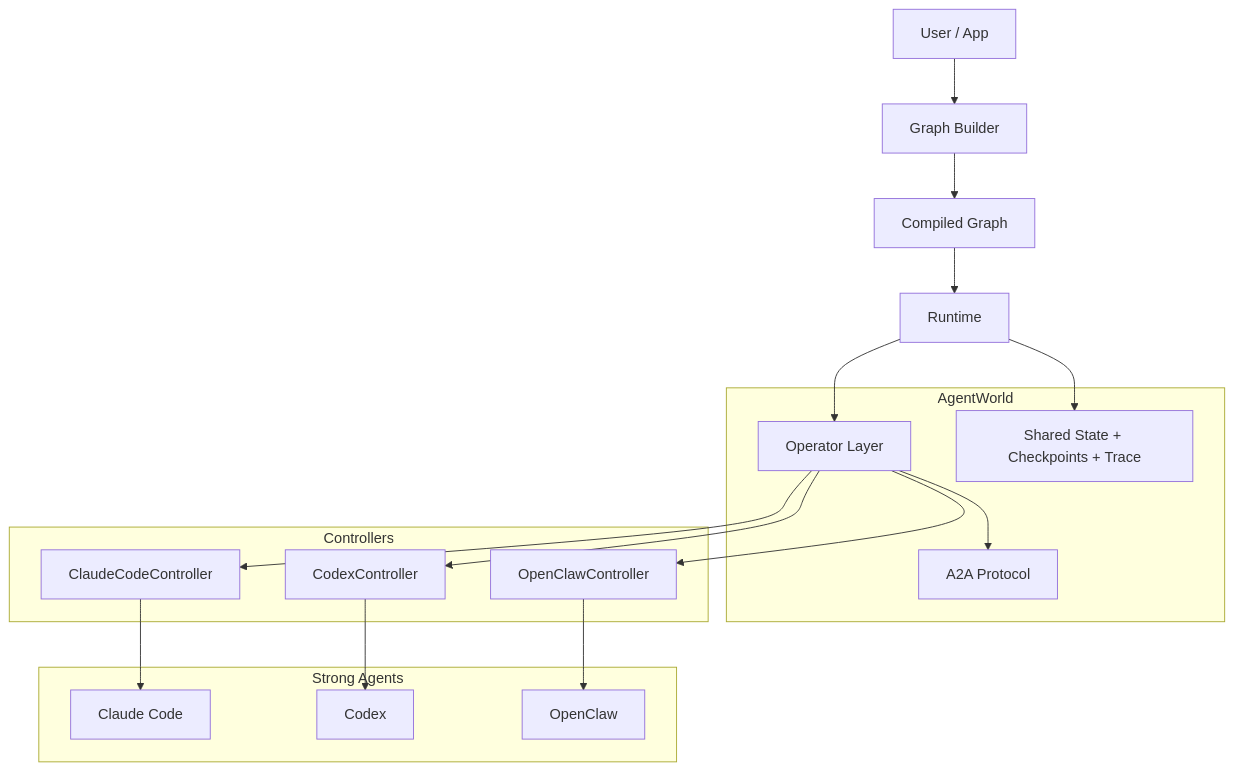
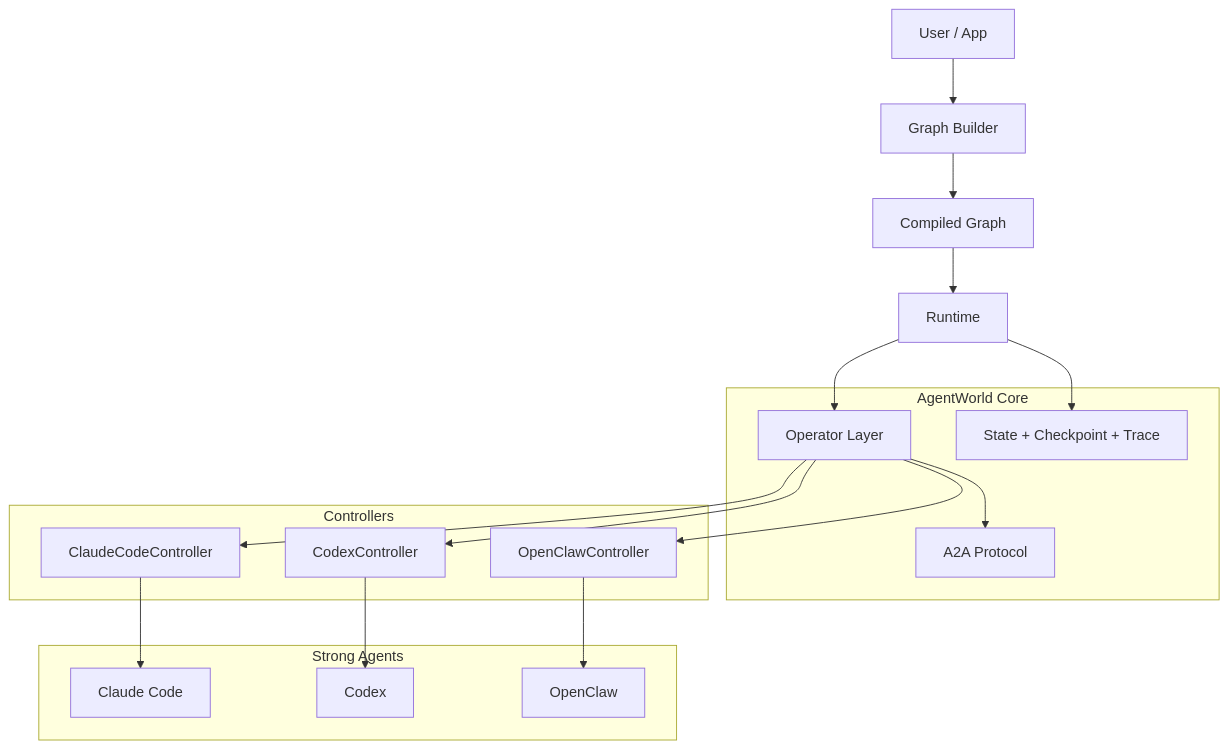
The diagram in README.md (ScienceIntelligence/AgentWorld), drawn with Mermaid before and after one commit. The commit also changed other lines of this file and 1 other file, not shown here.

````diff
--- a/README.md
+++ b/README.md
@@ -40,33 +56,33 @@
 ```mermaid
 flowchart TB
     U["User / App"]
     B["Graph Builder"]
     G["Compiled Graph"]
     R["Runtime"]
 
-    subgraph AW["AgentWorld"]
+    subgraph AW["AgentWorld Core"]
         O["Operator Layer"]
         P["A2A Protocol"]
-        S["Shared State + Checkpoints + Trace"]
+        S["State + Checkpoint + Trace"]
     end
 
     subgraph C["Controllers"]
         C1["ClaudeCodeController"]
         C2["CodexController"]
         C3["OpenClawController"]
     end
 
     subgraph A["Strong Agents"]
         A1["Claude Code"]
         A2["Codex"]
         A3["OpenClaw"]
     end
 
     U --> B --> G --> R
     R --> O
     O --> P
     R --> S
     O --> C1 --> A1
     O --> C2 --> A2
     O --> C3 --> A3
 ```
````
